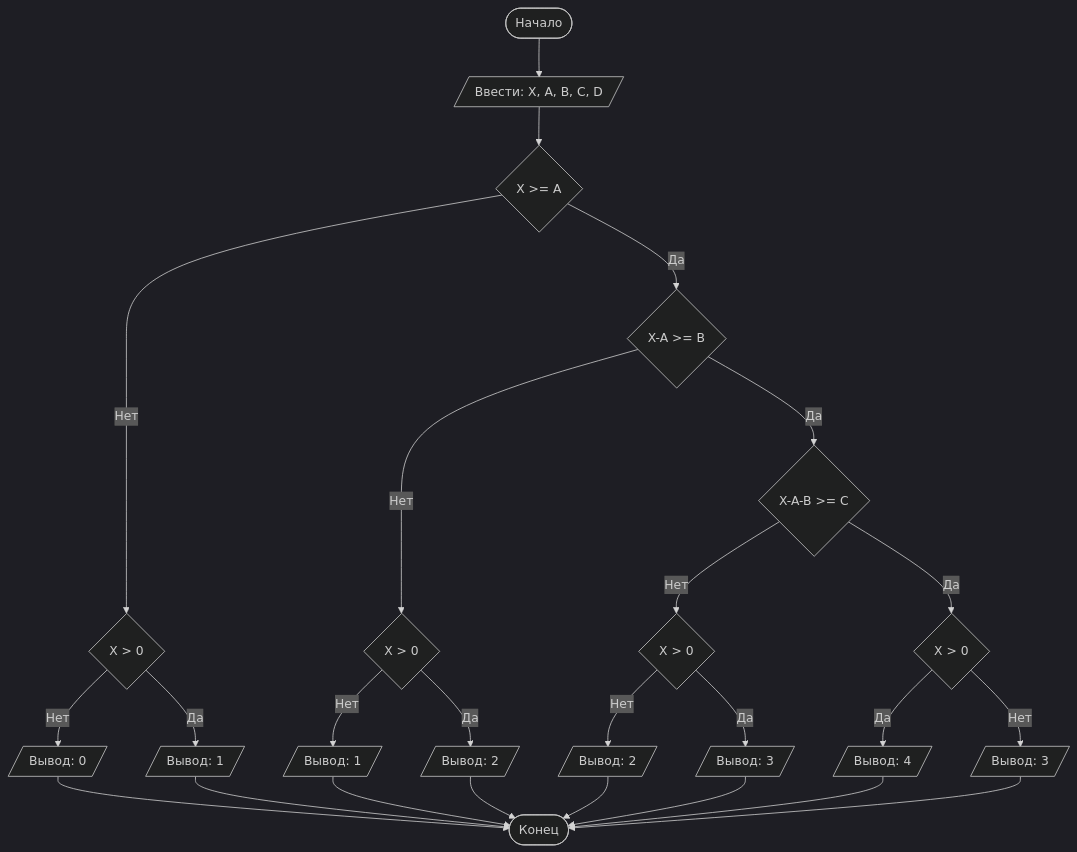
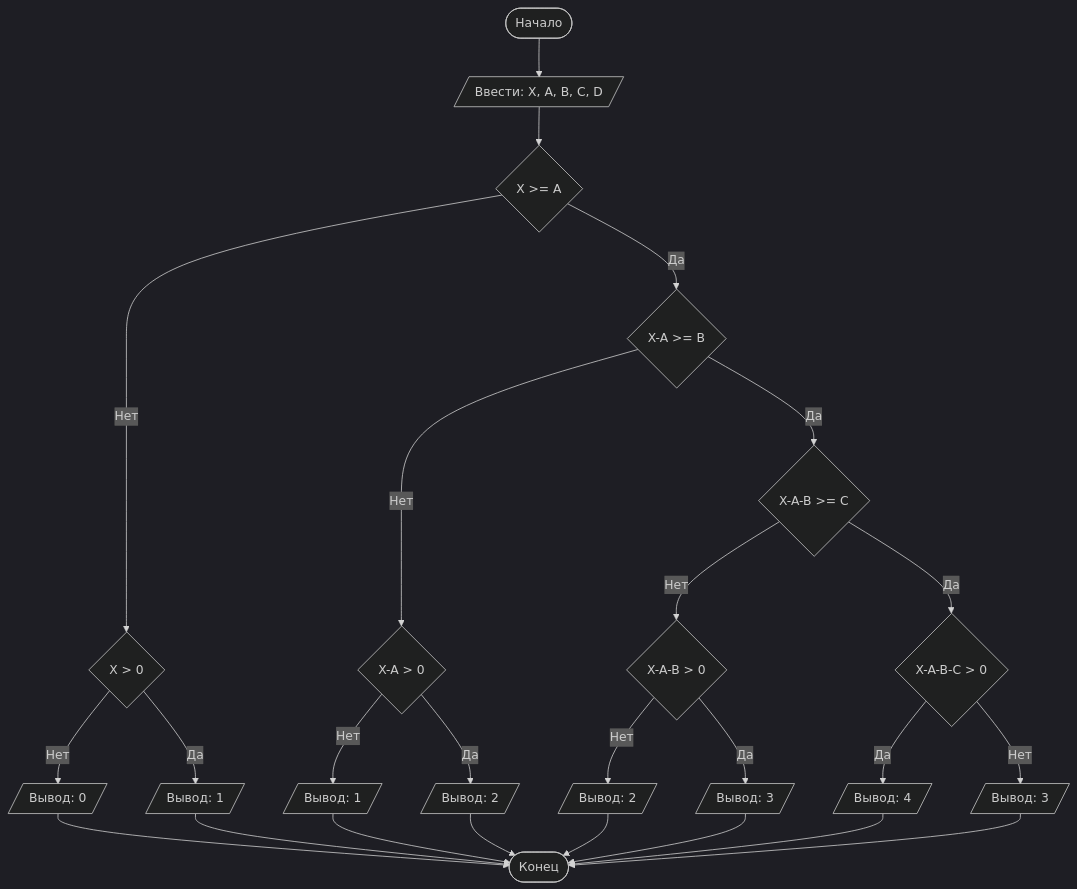
One commit to abchaccccc/LabNumber1 changed the diagram in README.md. Above: the diagram before and after it, drawn with Mermaid (dark theme). The commit also changed other lines of this file, not shown here.

````diff
--- a/README.md
+++ b/README.md
@@ -97,29 +97,29 @@
 ```mermaid
 graph TD
     A([Начало]) --> B[/Ввести: X, A, B, C, D/]
     B --> C{X >= A}
     C -- Нет --> D{X > 0}
     D -- Нет --> M[/Вывод: 0/]
     D -- Да --> N[/Вывод: 1/]
     C -- Да --> E{X-A >= B}
-    E -- Нет --> V{X > 0}
+    E -- Нет --> V{X-A > 0}
     V -- Нет --> L[/Вывод: 1/]
     V -- Да --> X[/Вывод: 2/]
     E -- Да --> G{X-A-B >= C}
-    G -- Нет --> P{X > 0}
-    G -- Да --> I{X > 0}
+    G -- Нет --> P{X-A-B > 0}
+    G -- Да --> I{X-A-B-C > 0}
     P -- Нет --> H[/Вывод: 2/]
     P -- Да --> R[/Вывод: 3/]
     I -- Да --> J[/Вывод: 4/]
     I -- Нет --> U[/Вывод: 3/]
     X --> Z
     M --> Z
     N --> Z
     H --> Z
     R --> Z
     U --> Z
     L --> Z
     J --> Z([Конец])
     
 
 ```
````
